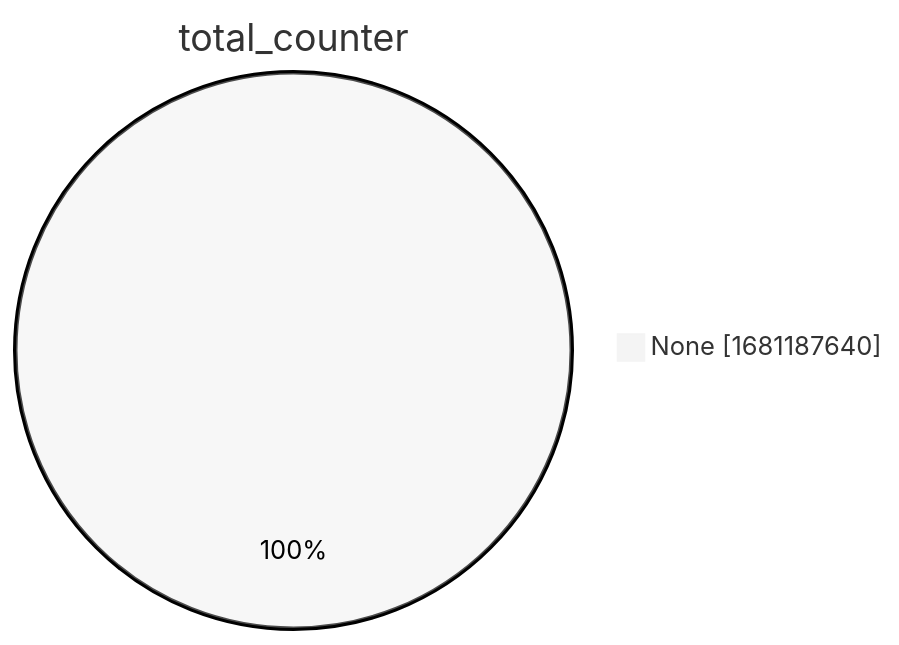
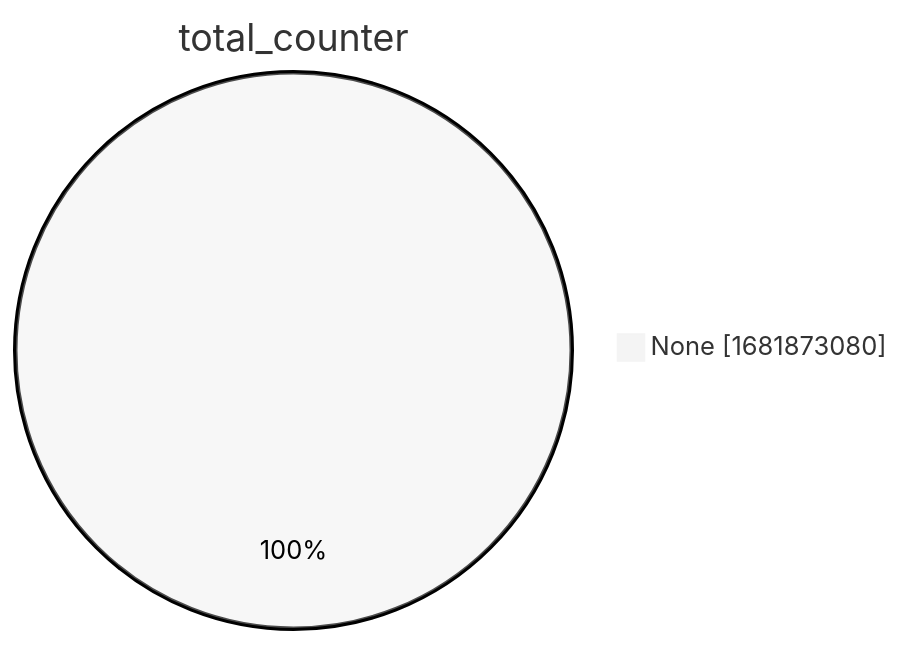
The second of 15 diagrams in xenon2022/README.md (christiankrug/ctmonitor_visualization), drawn with Mermaid (neutral theme) before and after one commit. The commit also changed other lines of this file, not shown here.

````diff
--- a/xenon2022/README.md
+++ b/xenon2022/README.md
@@ -9,5 +9,5 @@
 ```mermaid
 pie showData
 title total_counter
-"None" :1681187640
+"None" :1681873080
 ```
````
